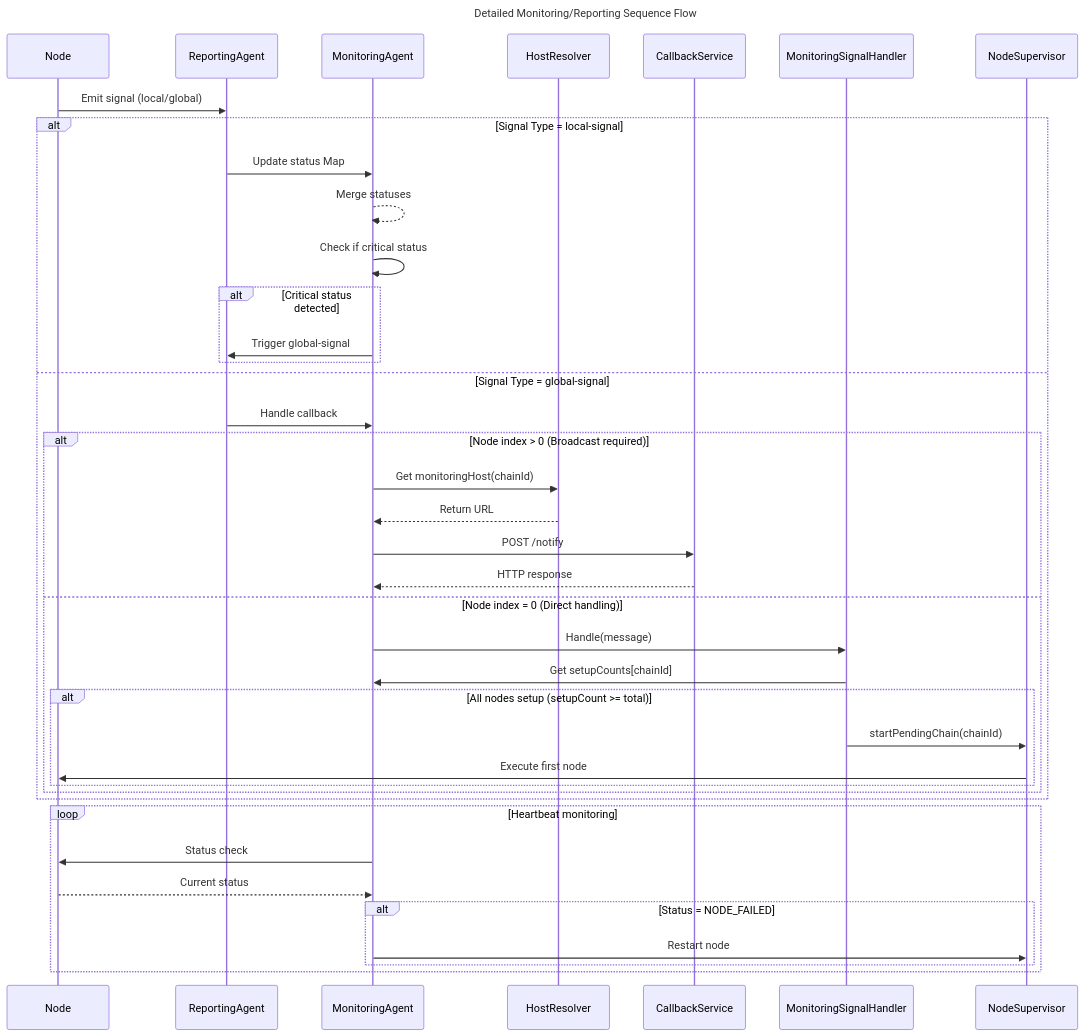
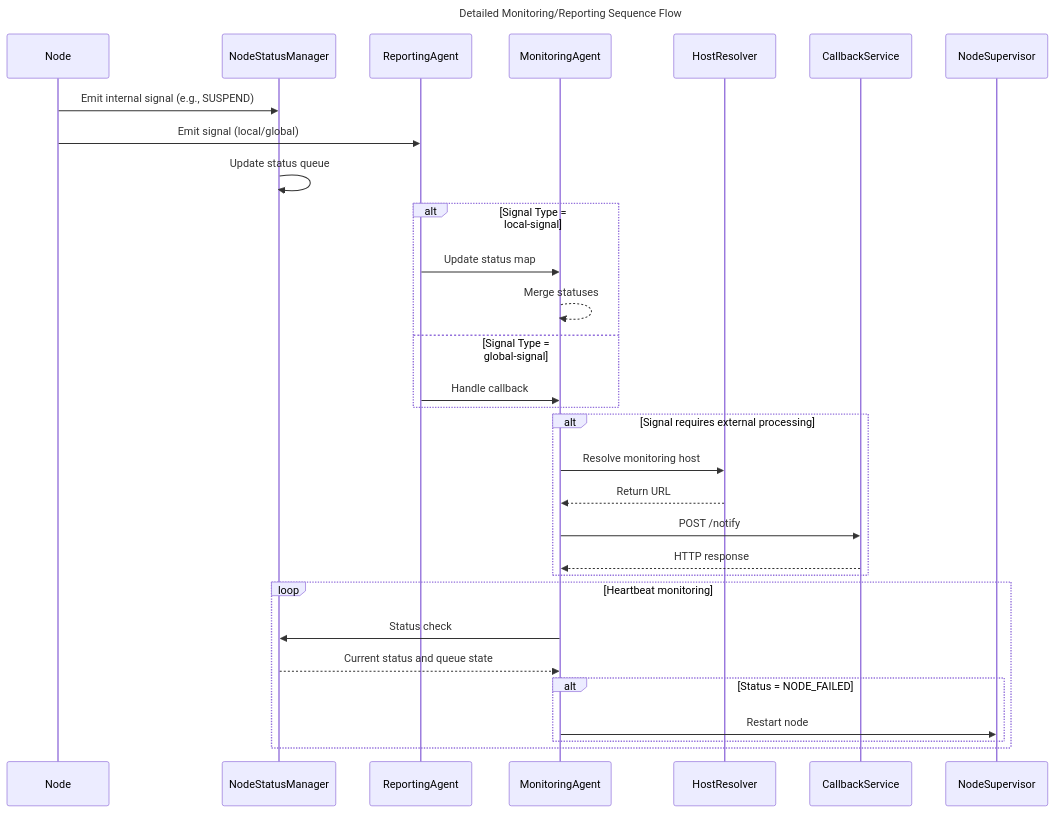
The second of 6 diagrams in lib/docs/flows.md (mathieu-vision/data-processing-chain-protocol), drawn with Mermaid before and after one commit. The commit also changed other lines of this file, not shown here.

Commit message:
doc: update lib flow.md

````diff
--- a/lib/docs/flows.md
+++ b/lib/docs/flows.md
@@ -45,45 +51,37 @@
 ```mermaid
 sequenceDiagram
     title Detailed Monitoring/Reporting Sequence Flow
     participant Node
+    participant NodeStatusManager
     participant ReportingAgent
     participant MonitoringAgent
     participant HostResolver
     participant CallbackService
-    participant MonitoringSignalHandler
     participant NodeSupervisor
 
+    Node->>NodeStatusManager: Emit internal signal (e.g., SUSPEND)
     Node->>ReportingAgent: Emit signal (local/global)
+    NodeStatusManager->>NodeStatusManager: Update status queue
     
     alt Signal Type = local-signal
-        ReportingAgent->>MonitoringAgent: Update status Map
+        ReportingAgent->>MonitoringAgent: Update status map
         MonitoringAgent-->>MonitoringAgent: Merge statuses
-        MonitoringAgent->>MonitoringAgent: Check if critical status
-        alt Critical status detected
-            MonitoringAgent->>ReportingAgent: Trigger global-signal
-        end
     else Signal Type = global-signal
         ReportingAgent->>MonitoringAgent: Handle callback
-        alt Node index > 0 (Broadcast required)
-            MonitoringAgent->>HostResolver: Get monitoringHost(chainId)
-            HostResolver-->>MonitoringAgent: Return URL
-            MonitoringAgent->>CallbackService: POST /notify
-            CallbackService-->>MonitoringAgent: HTTP response
-        else Node index = 0 (Direct handling)
-            MonitoringAgent->>MonitoringSignalHandler: Handle(message)
-            MonitoringSignalHandler->>MonitoringAgent: Get setupCounts[chainId]
-            alt All nodes setup (setupCount >= total)
-                MonitoringSignalHandler->>NodeSupervisor: startPendingChain(chainId)
-                NodeSupervisor->>Node: Execute first node
-            end
-        end
+    end
+    
+    alt Signal requires external processing
+        MonitoringAgent->>HostResolver: Resolve monitoring host
+        HostResolver-->>MonitoringAgent: Return URL
+        MonitoringAgent->>CallbackService: POST /notify
+        CallbackService-->>MonitoringAgent: HTTP response
     end
     
     loop Heartbeat monitoring
-        MonitoringAgent->>Node: Status check
-        Node-->>MonitoringAgent: Current status
+        MonitoringAgent->>NodeStatusManager: Status check
+        NodeStatusManager-->>MonitoringAgent: Current status and queue state
         alt Status = NODE_FAILED
             MonitoringAgent->>NodeSupervisor: Restart node
         end
     end
 ```
````
